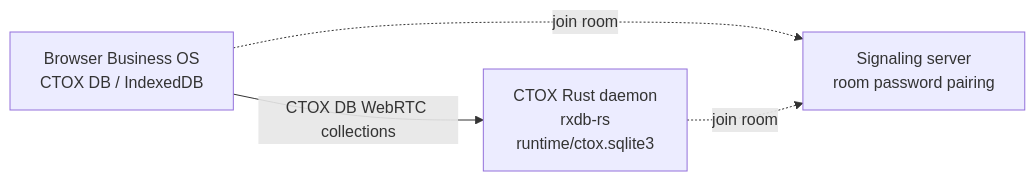
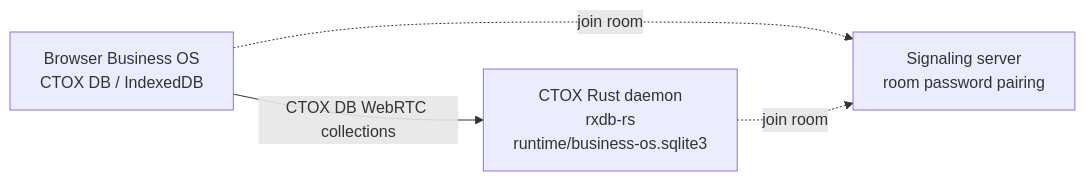
One commit to metric-space-ai/ctox changed the diagram in docs/business-os.md. Above: the diagram before and after it, drawn with Mermaid. The commit also changed other lines of this file and 18 other files, not shown here.

````diff
--- a/docs/business-os.md
+++ b/docs/business-os.md
@@ -37,6 +36,6 @@
 ```mermaid
 flowchart LR
-  Browser["Browser Business OS<br/>CTOX DB / IndexedDB"] -- "CTOX DB WebRTC collections" --> CTOX["CTOX Rust daemon<br/>rxdb-rs<br/>runtime/ctox.sqlite3"]
+  Browser["Browser Business OS<br/>CTOX DB / IndexedDB"] -- "CTOX DB WebRTC collections" --> CTOX["CTOX Rust daemon<br/>rxdb-rs<br/>runtime/business-os.sqlite3"]
   Browser -. "join room" .-> Signaling["Signaling server<br/>room password pairing"]
   CTOX -. "join room" .-> Signaling
 ```
````
